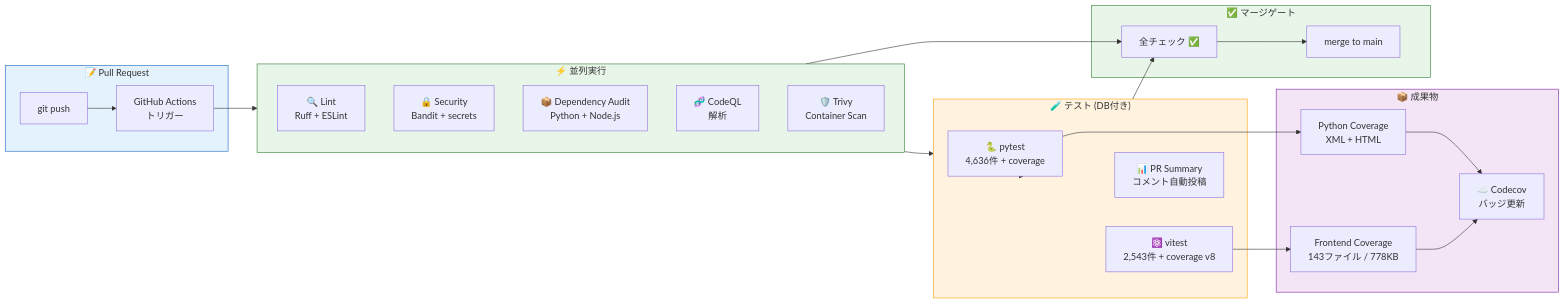
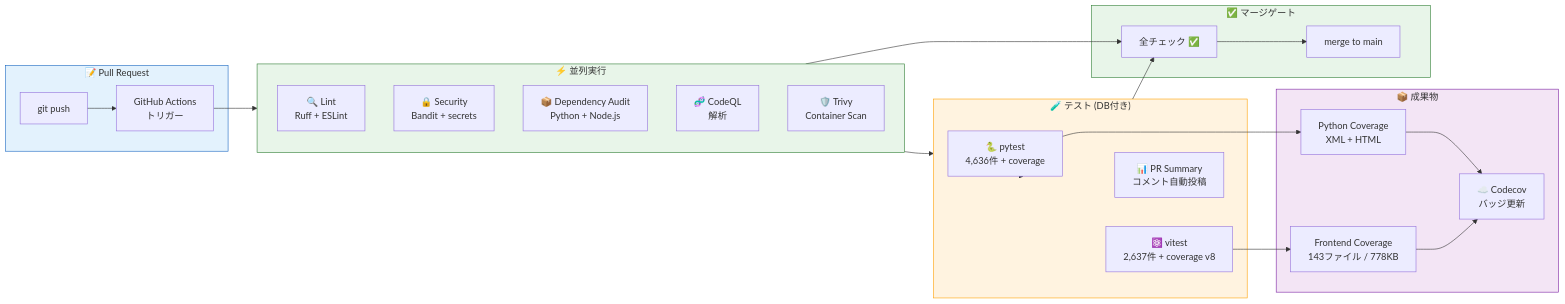
The first of 6 diagrams in README.md (Kensan196948G/AEGIS-SIGHT), drawn with Mermaid before and after one commit. The commit also changed other lines of this file and 1 other file, not shown here.

First line of the commit message:
docs: update test counts (vitest 2543→2637) and reflect branch coverage 90.08% in README/state

````diff
--- a/README.md
+++ b/README.md
@@ -144,46 +144,46 @@
 ```mermaid
 flowchart LR
     subgraph PR["📝 Pull Request"]
         PUSH["git push"] --> TRIGGER["GitHub Actions\nトリガー"]
     end
 
     subgraph PARALLEL["⚡ 並列実行"]
         direction TB
         LINT["🔍 Lint\nRuff + ESLint"]
         SEC["🔒 Security\nBandit + secrets"]
         DEPS["📦 Dependency Audit\nPython + Node.js"]
         CODEQL["🧬 CodeQL\n解析"]
         TRIVY["🛡️ Trivy\nContainer Scan"]
     end
 
     subgraph TEST["🧪 テスト (DB付き)"]
         PYTEST["🐍 pytest\n4,636件 + coverage"]
-        VITEST["⚛️ vitest\n2,543件 + coverage v8"]
+        VITEST["⚛️ vitest\n2,637件 + coverage v8"]
         REPORT["📊 PR Summary\nコメント自動投稿"]
     end
 
     subgraph ARTIFACTS["📦 成果物"]
         PY_COV["Python Coverage\nXML + HTML"]
         FE_COV["Frontend Coverage\n143ファイル / 778KB"]
         CODECOV["☁️ Codecov\nバッジ更新"]
     end
 
     subgraph GATE["✅ マージゲート"]
         GREEN["全チェック ✅"] --> MERGE["merge to main"]
     end
 
     TRIGGER --> PARALLEL
     PARALLEL --> TEST
     TEST --> PYTEST & VITEST
     PYTEST --> PY_COV
     VITEST --> FE_COV
     PY_COV & FE_COV --> CODECOV
     TEST --> REPORT
     PARALLEL & TEST --> GREEN
 
     style PR fill:#E3F2FD,stroke:#1565C0
     style PARALLEL fill:#E8F5E9,stroke:#2E7D32
     style TEST fill:#FFF3E0,stroke:#FFA000
     style ARTIFACTS fill:#F3E5F5,stroke:#7B1FA2
     style GATE fill:#E8F5E9,stroke:#2E7D32
 ```
````
